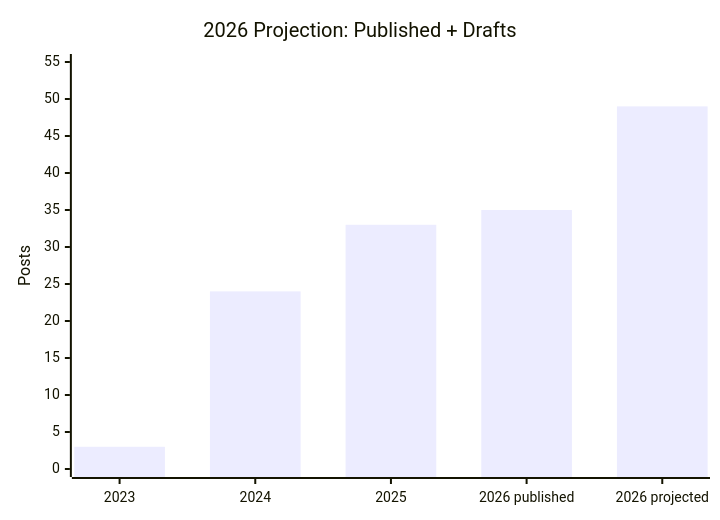
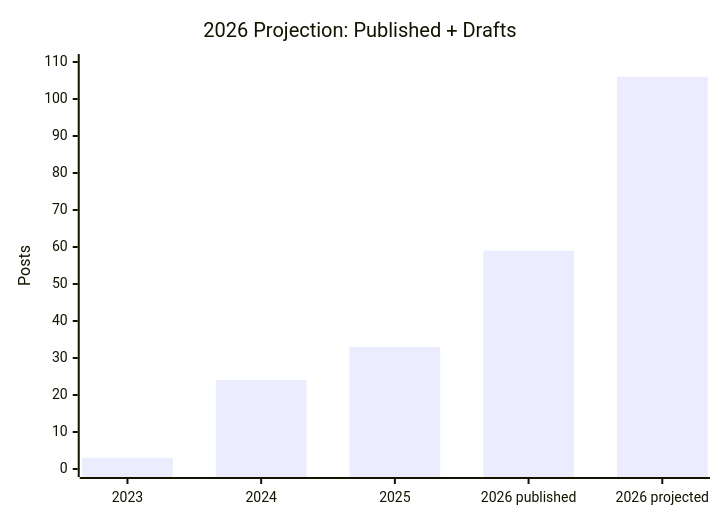
The second of 2 diagrams in _posts/2026-05-22-writing-to-think-two-decades-of-figuring-things-out.md (mcgarrah/mcgarrah.github.io), drawn with Mermaid before and after one commit. The commit also changed other lines of this file, not shown here.

````diff
--- a/_posts/2026-05-22-writing-to-think-two-decades-of-figuring-things-out.md
+++ b/_posts/2026-05-22-writing-to-think-two-decades-of-figuring-things-out.md
@@ -53,7 +53,7 @@
 ```mermaid
 xychart-beta
   title "2026 Projection: Published + Drafts"
   x-axis [2023, 2024, 2025, "2026 published", "2026 projected"]
-  y-axis "Posts" 0 --> 55
-  bar [3, 24, 33, 35, 49]
+  y-axis "Posts" 0 --> 110
+  bar [3, 24, 33, 59, 106]
 ```
````
